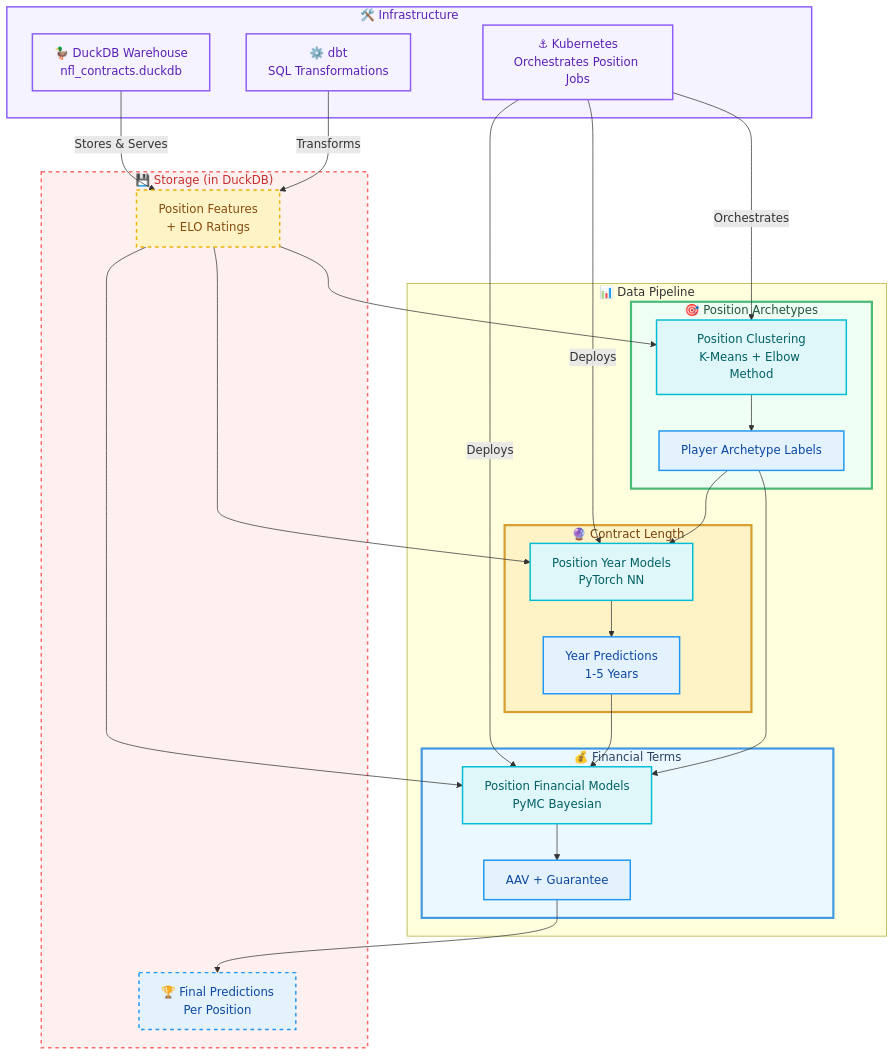
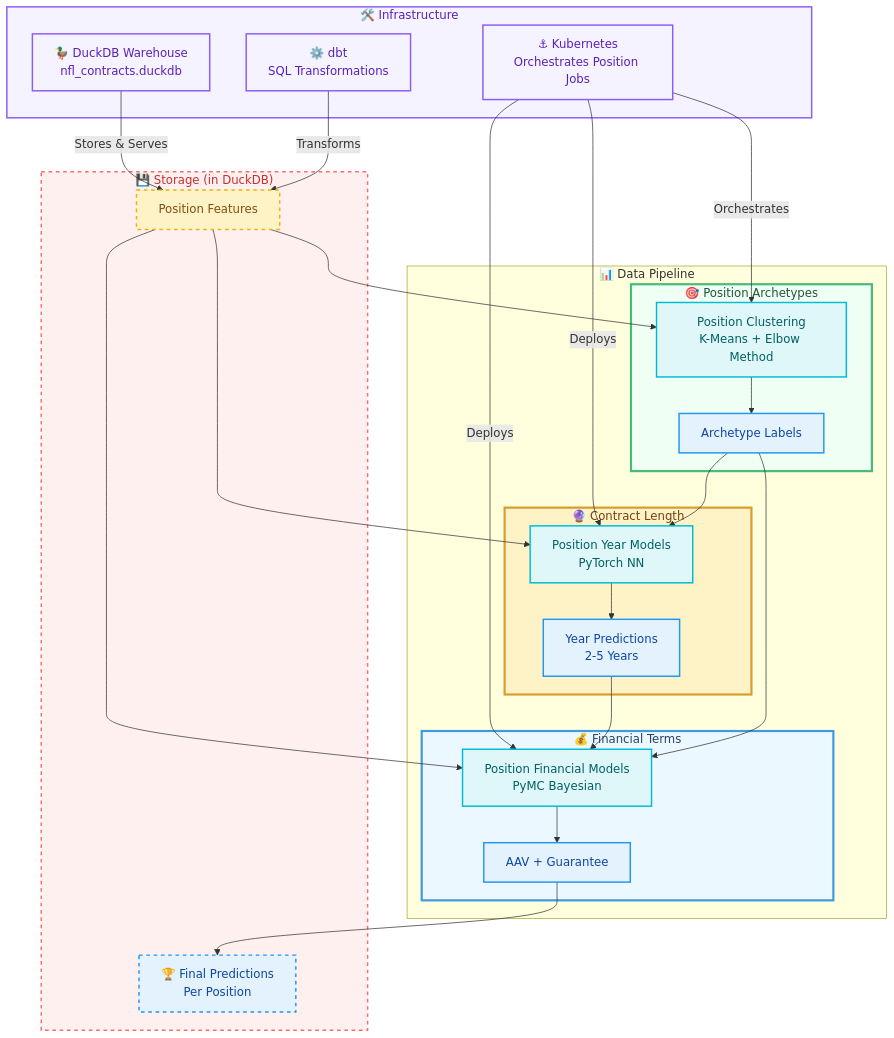
Before and after one commit to dec1costello/NFL-Market-Value-Analysis: the diagram in README.md, drawn with Mermaid. The commit also changed other lines of this file, not shown here.

````diff
--- a/README.md
+++ b/README.md
@@ -37,76 +37,76 @@
 ```mermaid
 graph TB
  %% === STYLING ===
     classDef stage1 fill:#f0fff4,stroke:#48bb78,stroke-width:3px,color:#22543d
     classDef stage2 fill:#fef3c7,stroke:#d69e2e,stroke-width:3px,color:#744210
     classDef stage3 fill:#ebf8ff,stroke:#4299e1,stroke-width:3px,color:#2a4365
     classDef features fill:#fef3c7,stroke:#eab308,stroke-width:2px,color:#854d0e
     classDef model fill:#e0f7fa,stroke:#00bcd4,stroke-width:2px,color:#006064
     classDef output fill:#e3f2fd,stroke:#2196f3,stroke-width:2px,color:#0d47a1
     classDef infra fill:#f5f3ff,stroke:#8b5cf6,stroke-width:2px,color:#5b21b6
     classDef storage fill:#fff0f0,stroke:#FF6B6B,stroke-width:2px,stroke-dasharray:5 5,color:#c53030
 
     %% === INFRASTRUCTURE LAYERS ===
     subgraph INFRA ["🛠️ Infrastructure"]
         DUCKDB["🦆 DuckDB Warehouse<br/>nfl_contracts.duckdb"]
         K8S["⚓ Kubernetes<br/>Orchestrates Position Jobs"]
         DBT["⚙️ dbt<br/>SQL Transformations"]
     end
 
     %% === DATA FLOW ===
     subgraph DATA_FLOW ["📊 Data Pipeline"]
         %% === STAGE 1: ARCHETYPE DISCOVERY ===
         subgraph STAGE_1 ["🎯 Position Archetypes"]
             CLUSTERING["Position Clustering<br/>K-Means + Elbow Method"]
-            ARCHETYPES["Player Archetype Labels"]
+            ARCHETYPES["Archetype Labels"]
         end
 
         %% === STAGE 2: YEAR PREDICTION ===
         subgraph STAGE_2 ["🔮 Contract Length"]
             YEAR_MODELS["Position Year Models<br/>PyTorch NN"]
-            YEAR_PREDS["Year Predictions<br/>1-5 Years"]
+            YEAR_PREDS["Year Predictions<br/>2-5 Years"]
         end
 
         %% === STAGE 3: FINANCIAL PREDICTION ===
         subgraph STAGE_3 ["💰 Financial Terms"]
             FINANCIAL_MODELS["Position Financial Models<br/>PyMC Bayesian"]
             FINANCIAL_PREDS["AAV + Guarantee"]
         end
     end
 
     %% === STORAGE LAYER ===
     subgraph STORAGE ["💾 Storage (in DuckDB)"]
-        FEATURES["Position Features<br/>+ ELO Ratings"]
+        FEATURES["Position Features<br/>"]
         RESULTS["🏆 Final Predictions<br/>Per Position"]
     end
 
     %% === CONNECTIONS ===
     %% Infrastructure → Data Flow
     DUCKDB -->|"Stores & Serves"| FEATURES
     DBT -->|"Transforms"| FEATURES
     K8S -->|"Orchestrates"| CLUSTERING
     K8S -->|"Deploys"| YEAR_MODELS
     K8S -->|"Deploys"| FINANCIAL_MODELS
 
     %% Data Pipeline Flow
     FEATURES --> CLUSTERING
     CLUSTERING --> ARCHETYPES
     ARCHETYPES --> YEAR_MODELS
     FEATURES --> YEAR_MODELS
     YEAR_MODELS --> YEAR_PREDS
     YEAR_PREDS --> FINANCIAL_MODELS
     ARCHETYPES --> FINANCIAL_MODELS
     FEATURES --> FINANCIAL_MODELS
     FINANCIAL_MODELS --> FINANCIAL_PREDS
     FINANCIAL_PREDS --> RESULTS
 
     %% === STYLES ===
     class INFRA,DUCKDB,K8S,DBT infra
     class STORAGE,FEATURES,RESULTS storage
     class STAGE_1 stage1
     class STAGE_2 stage2
     class STAGE_3 stage3
     class FEATURES features
     class CLUSTERING,YEAR_MODELS,FINANCIAL_MODELS model
     class ARCHETYPES,YEAR_PREDS,FINANCIAL_PREDS,RESULTS output;
 ```
````
